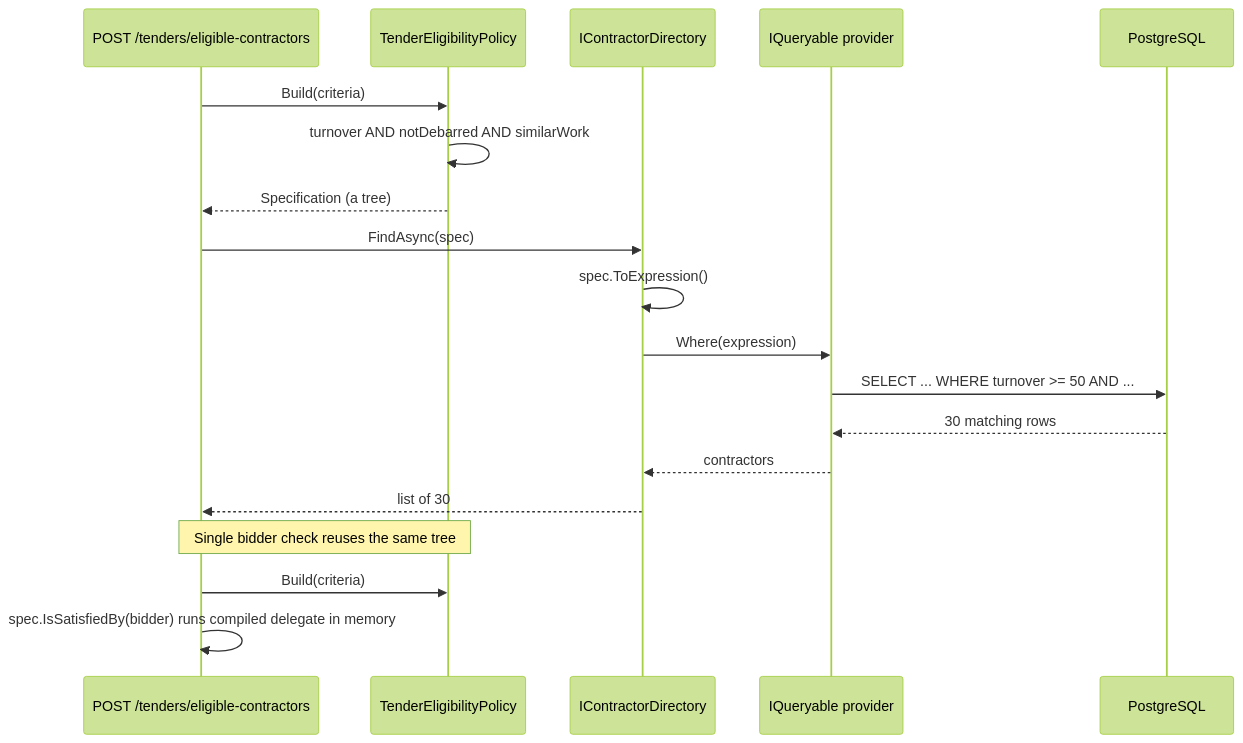
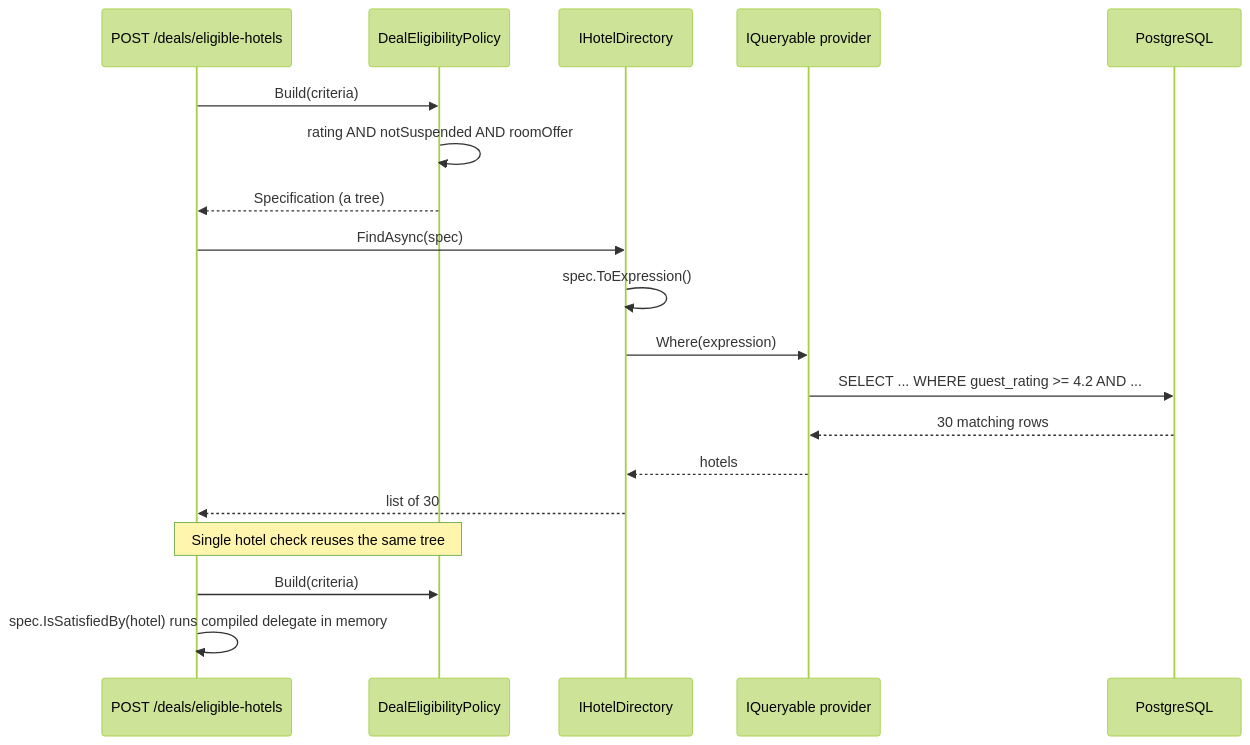
Before and after one commit to rizwi0786/system-design-lab: the second of 3 diagrams in content/lessons/m06/m06-specification.md, drawn with Mermaid (forest theme). The commit also changed other lines of this file and 334 other files, not shown here.

````diff
--- a/content/lessons/m06/m06-specification.md
+++ b/content/lessons/m06/m06-specification.md
@@ -189,21 +189,21 @@
 ```mermaid
 sequenceDiagram
-    participant API as POST /tenders/eligible-contractors
-    participant P as TenderEligibilityPolicy
-    participant D as IContractorDirectory
+    participant API as POST /deals/eligible-hotels
+    participant P as DealEligibilityPolicy
+    participant D as IHotelDirectory
     participant Q as IQueryable provider
     participant DB as PostgreSQL
     API->>P: Build(criteria)
-    P->>P: turnover AND notDebarred AND similarWork
+    P->>P: rating AND notSuspended AND roomOffer
     P-->>API: Specification (a tree)
     API->>D: FindAsync(spec)
     D->>D: spec.ToExpression()
     D->>Q: Where(expression)
-    Q->>DB: SELECT ... WHERE turnover >= 50 AND ...
+    Q->>DB: SELECT ... WHERE guest_rating >= 4.2 AND ...
     DB-->>Q: 30 matching rows
-    Q-->>D: contractors
+    Q-->>D: hotels
     D-->>API: list of 30
-    Note over API,P: Single bidder check reuses the same tree
+    Note over API,P: Single hotel check reuses the same tree
     API->>P: Build(criteria)
-    API->>API: spec.IsSatisfiedBy(bidder) runs compiled delegate in memory
+    API->>API: spec.IsSatisfiedBy(hotel) runs compiled delegate in memory
 ```
````
